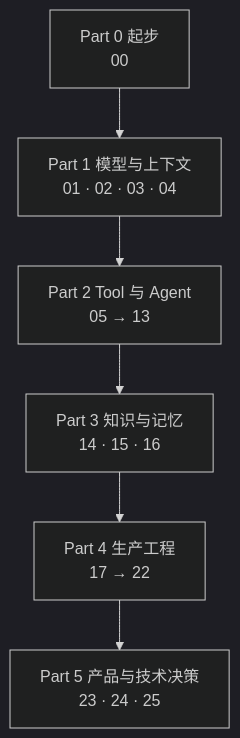
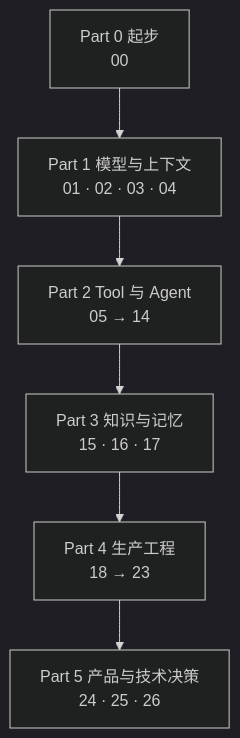
The first of 4 diagrams in lessons/README.md (lance2016/ai-app-engineering), drawn with Mermaid (dark theme) before and after one commit. The commit also changed other lines of this file and 43 other files, not shown here.

````diff
--- a/lessons/README.md
+++ b/lessons/README.md
@@ -98,8 +98,8 @@
 ```mermaid
 flowchart TB
     P0["Part 0 起步<br/>00"] --> P1["Part 1 模型与上下文<br/>01 · 02 · 03 · 04"]
-    P1 --> P2["Part 2 Tool 与 Agent<br/>05 → 13"]
-    P2 --> P3["Part 3 知识与记忆<br/>14 · 15 · 16"]
-    P3 --> P4["Part 4 生产工程<br/>17 → 22"]
-    P4 --> P5["Part 5 产品与技术决策<br/>23 · 24 · 25"]
+    P1 --> P2["Part 2 Tool 与 Agent<br/>05 → 14"]
+    P2 --> P3["Part 3 知识与记忆<br/>15 · 16 · 17"]
+    P3 --> P4["Part 4 生产工程<br/>18 → 23"]
+    P4 --> P5["Part 5 产品与技术决策<br/>24 · 25 · 26"]
 ```
````
